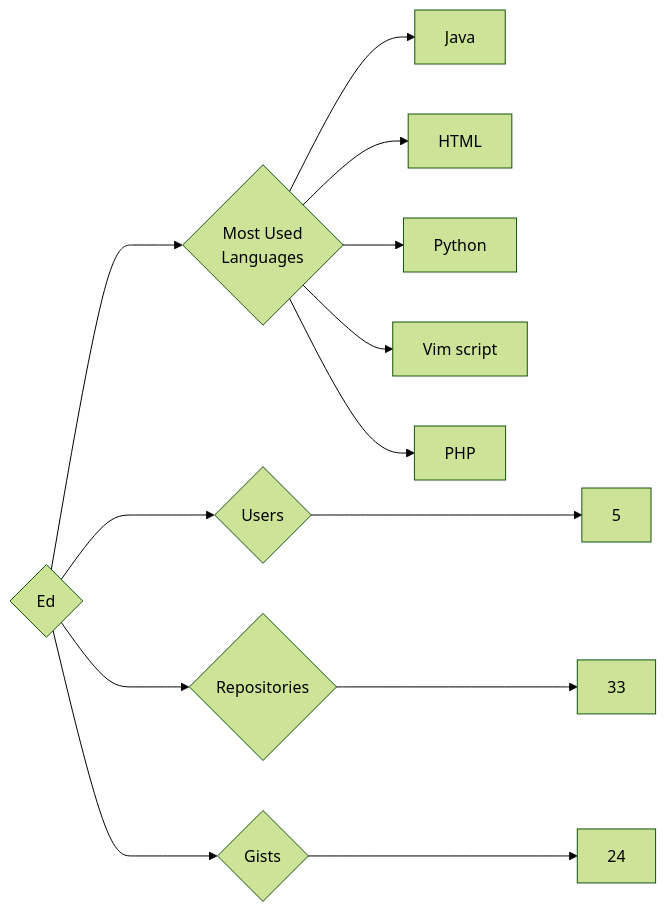
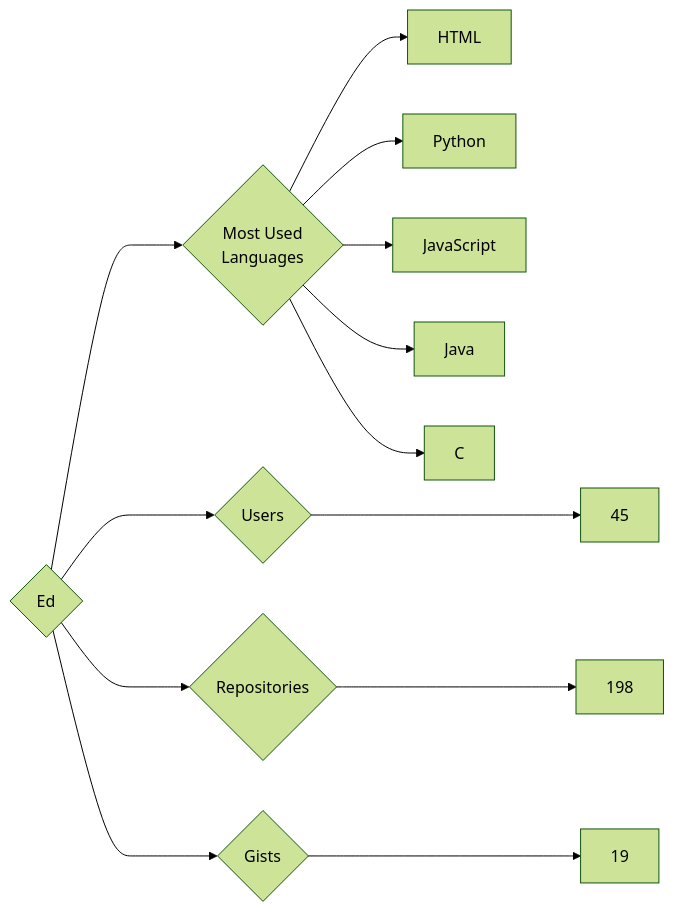
Before and after one commit to trickest/insiders: the diagram in targets/Ed/README.md, drawn with Mermaid (forest theme). The commit also changed 775 other files, not shown here.

````diff
--- a/targets/Ed/README.md
+++ b/targets/Ed/README.md
@@ -3,13 +3,13 @@
 ```mermaid
 graph LR
 COMPANY_NAME{Ed}
-COMPANY_NAME ---> U{Users} ---> UN[5]
-COMPANY_NAME ---> R{Repositories} ---> RN[33]
-COMPANY_NAME ---> G{Gists} ---> GN[24]
+COMPANY_NAME ---> U{Users} ---> UN[45]
+COMPANY_NAME ---> R{Repositories} ---> RN[198]
+COMPANY_NAME ---> G{Gists} ---> GN[19]
 COMPANY_NAME ---> ML{Most Used<br>Languages}
-ML --> Java[Java]
 ML --> HTML[HTML]
 ML --> Python[Python]
-ML --> Vim_script[Vim script]
-ML --> PHP[PHP]
+ML --> JavaScript[JavaScript]
+ML --> Java[Java]
+ML --> C[C]
 ```
````
